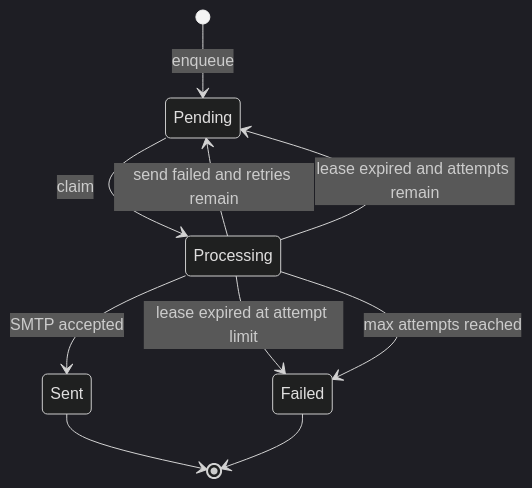
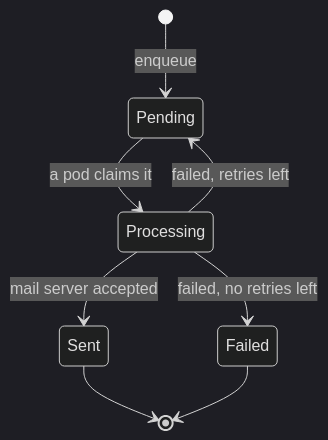
One commit to stackmon/status-dashboard-v3 changed the second of 3 diagrams in docs/notifications/architecture.md. Above: the diagram before and after it, drawn with Mermaid (dark theme). The commit also changed other lines of this file and 2 other files, not shown here.

````diff
--- a/docs/notifications/architecture.md
+++ b/docs/notifications/architecture.md
@@ -255,12 +224,10 @@
 ```mermaid
 stateDiagram-v2
     [*] --> Pending: enqueue
-    Pending --> Processing: claim
-    Processing --> Sent: SMTP accepted
-    Processing --> Pending: send failed and retries remain
-    Processing --> Pending: lease expired and attempts remain
-    Processing --> Failed: lease expired at attempt limit
-    Processing --> Failed: max attempts reached
+    Pending --> Processing: a pod claims it
+    Processing --> Sent: mail server accepted
+    Processing --> Pending: failed, retries left
+    Processing --> Failed: failed, no retries left
     Sent --> [*]
     Failed --> [*]
 ```
````
